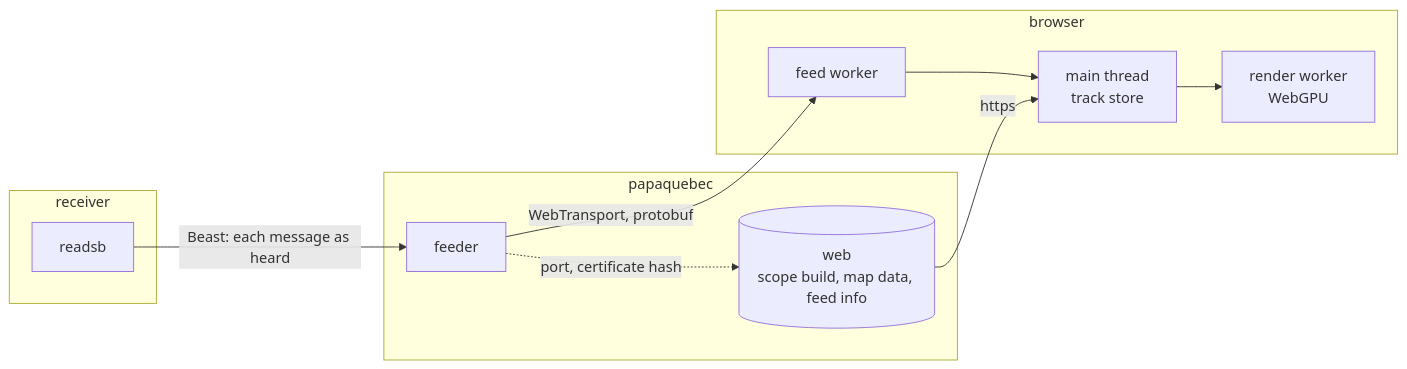
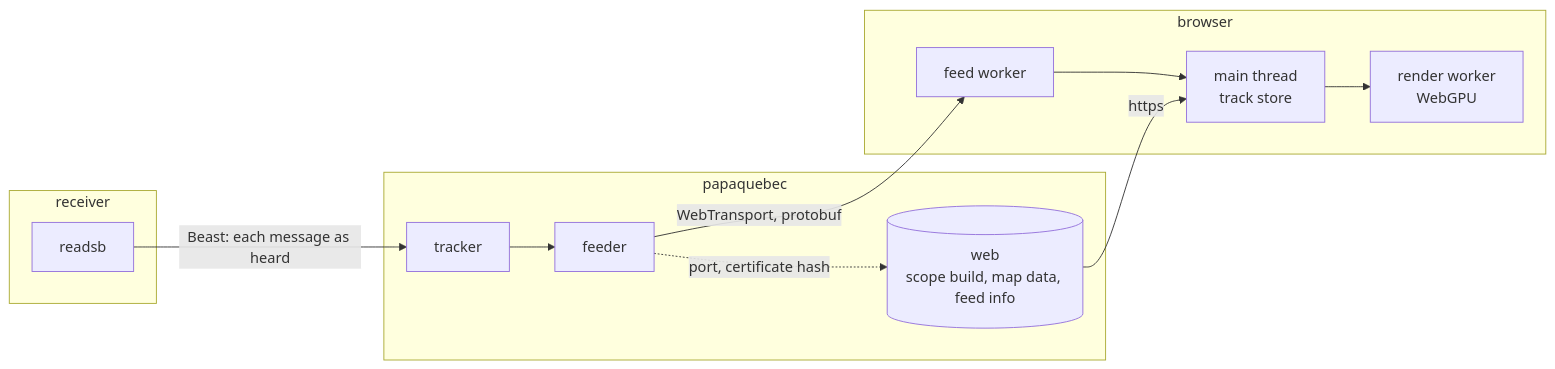
Before and after one commit to yaumu3/papaquebec: the diagram in README.md, drawn with Mermaid. The commit also changed other lines of this file and 36 other files, not shown here.

Commit message:
refactor: split the tracker out of the feeder (#51)

````diff
--- a/README.md
+++ b/README.md
@@ -217,16 +217,17 @@
 ```mermaid
 flowchart LR
     subgraph c["receiver"]
         readsb
     end
     subgraph p["papaquebec"]
         web[("web<br/>scope build, map data, feed info")]
+        tracker
         feeder
     end
     subgraph b["browser"]
         feed[feed worker] --> store[main thread<br/>track store] --> render[render worker<br/>WebGPU]
     end
     web -- https --> store
-    readsb -- "Beast: each message as heard" --> feeder -- "WebTransport, protobuf" --> feed
+    readsb -- "Beast: each message as heard" --> tracker --> feeder -- "WebTransport, protobuf" --> feed
     feeder -. "port, certificate hash" .-> web
 ```
````
